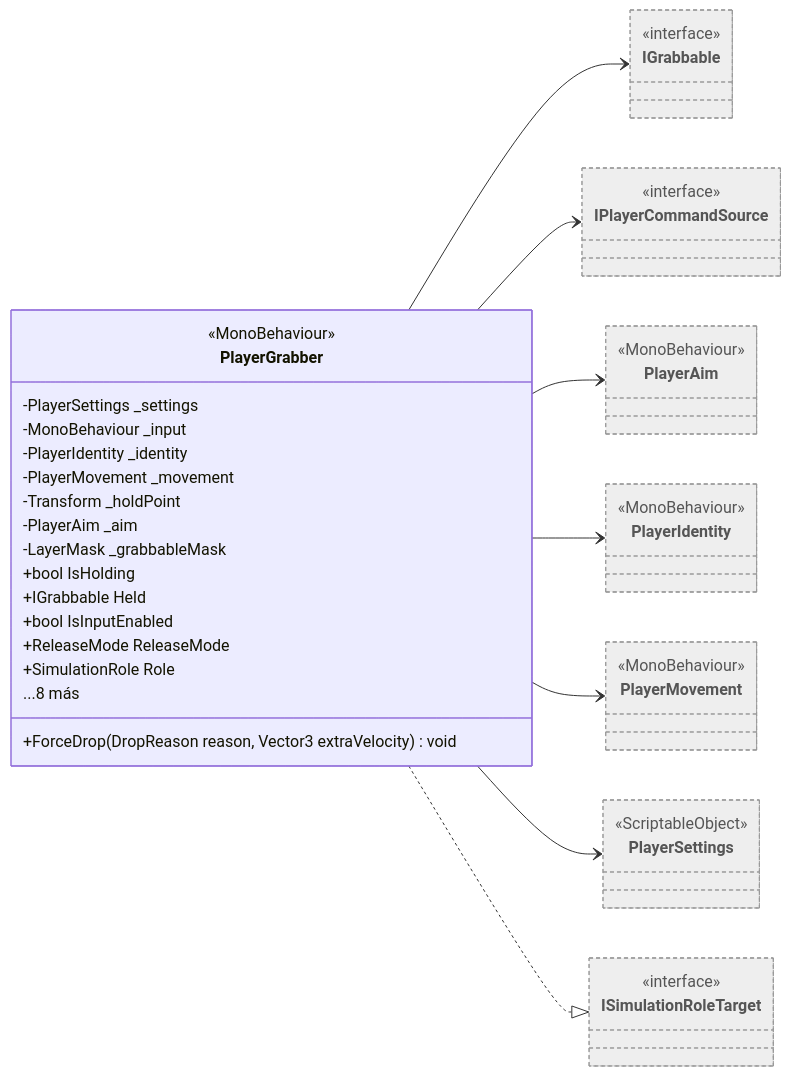
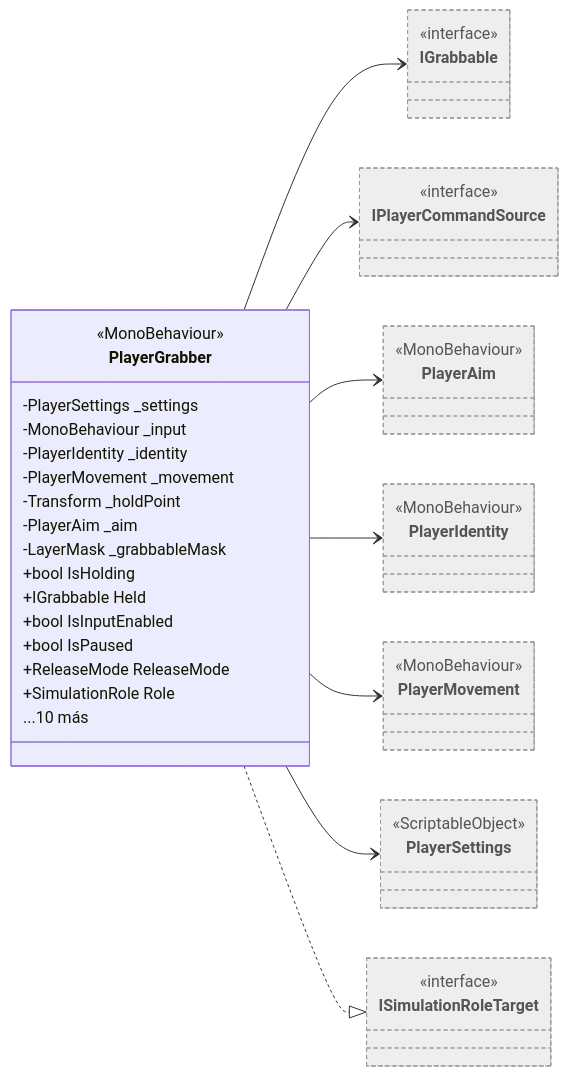
The diagram in Docs/Arquitectura/Clases/Player/PlayerGrabber.md (Chacashi/Alien-Farms), drawn with Mermaid before and after one commit. The commit also changed other lines of this file and 257 other files, not shown here.

````diff
--- a/Docs/Arquitectura/Clases/Player/PlayerGrabber.md
+++ b/Docs/Arquitectura/Clases/Player/PlayerGrabber.md
@@ -18,43 +18,43 @@
 ```mermaid
 classDiagram
   direction LR
   class PlayerGrabber {
     <<MonoBehaviour>>
     -PlayerSettings _settings
     -MonoBehaviour _input
     -PlayerIdentity _identity
     -PlayerMovement _movement
     -Transform _holdPoint
     -PlayerAim _aim
     -LayerMask _grabbableMask
     +bool IsHolding
     +IGrabbable Held
     +bool IsInputEnabled
+    +bool IsPaused
     +ReleaseMode ReleaseMode
     +SimulationRole Role
-    +ForceDrop(DropReason reason, Vector3 extraVelocity) void
-    ...8 más
+    ...10 más
   }
   class IGrabbable:::external
   <<interface>> IGrabbable
   class IPlayerCommandSource:::external
   <<interface>> IPlayerCommandSource
   class ISimulationRoleTarget:::external
   <<interface>> ISimulationRoleTarget
   class PlayerAim:::external
   <<MonoBehaviour>> PlayerAim
   class PlayerIdentity:::external
   <<MonoBehaviour>> PlayerIdentity
   class PlayerMovement:::external
   <<MonoBehaviour>> PlayerMovement
   class PlayerSettings:::external
   <<ScriptableObject>> PlayerSettings
   PlayerGrabber --> IGrabbable
   PlayerGrabber --> IPlayerCommandSource
   PlayerGrabber --> PlayerAim
   PlayerGrabber --> PlayerIdentity
   PlayerGrabber --> PlayerMovement
   PlayerGrabber --> PlayerSettings
   PlayerGrabber ..|> ISimulationRoleTarget
   classDef external fill:#eee,stroke:#999,stroke-dasharray: 4 3,color:#555
 ```
````
